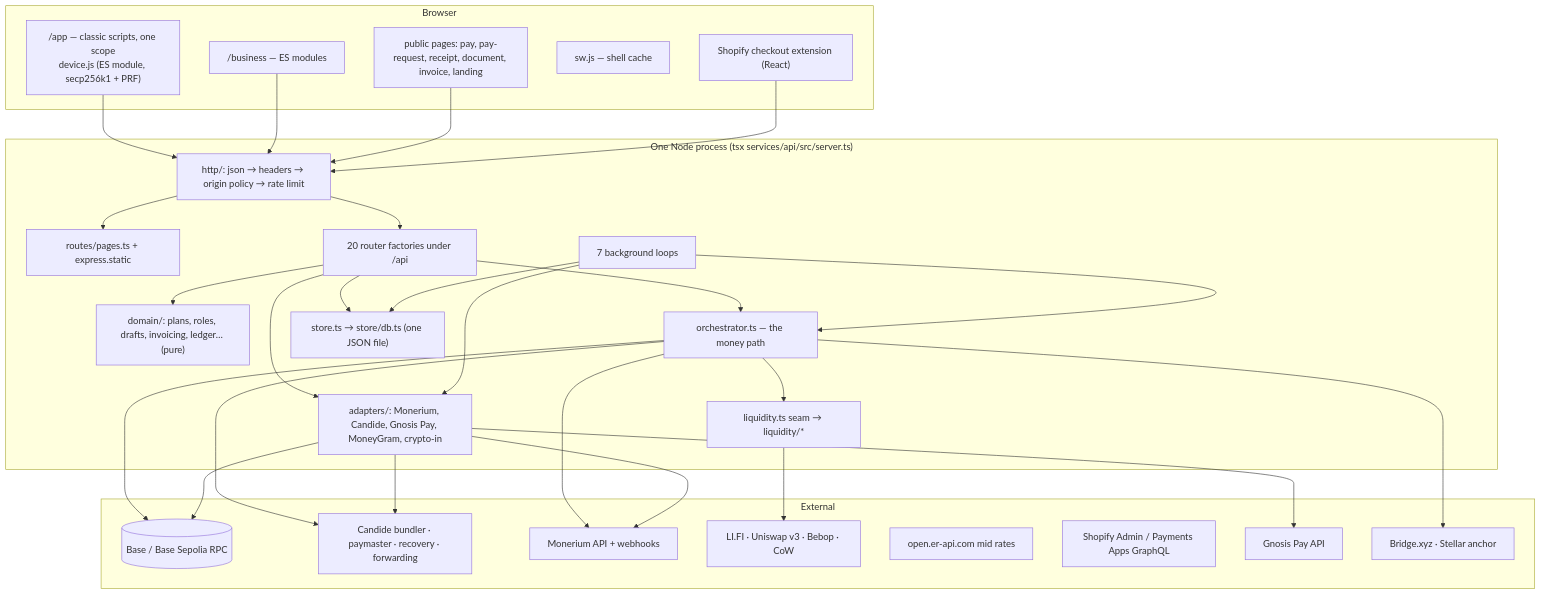
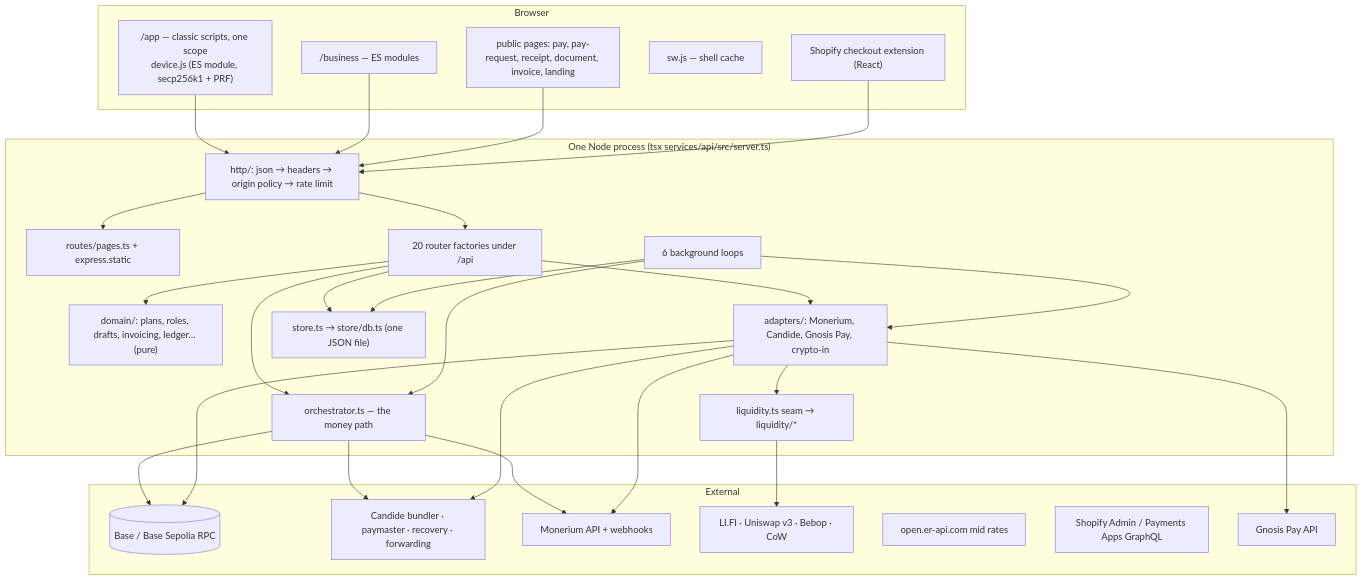
The first of 4 diagrams in docs/architecture/technical-architecture.md (Zoldenburg-me/Zold-app), drawn with Mermaid before and after one commit. The commit also changed other lines of this file and 101 other files, not shown here.

First line of the commit message:
Remove the cash rail: MoneyGram, Stellar and Bridge.xyz

````diff
--- a/docs/architecture/technical-architecture.md
+++ b/docs/architecture/technical-architecture.md
@@ -14,37 +14,36 @@
 ```mermaid
 flowchart TB
   subgraph Browser
     PWA["/app — classic scripts, one scope<br/>device.js (ES module, secp256k1 + PRF)"]
     BIZ["/business — ES modules"]
     PUB["public pages: pay, pay-request, receipt, document, invoice, landing"]
     SW["sw.js — shell cache"]
     EXT["Shopify checkout extension (React)"]
   end
   subgraph "One Node process (tsx services/api/src/server.ts)"
     PIPE["http/: json → headers → origin policy → rate limit"]
     PAGES["routes/pages.ts + express.static"]
     ROUTERS["20 router factories under /api"]
     DOMAIN["domain/: plans, roles, drafts, invoicing, ledger… (pure)"]
     ORCH["orchestrator.ts — the money path"]
     LIQ["liquidity.ts seam → liquidity/*"]
-    ADP["adapters/: Monerium, Candide, Gnosis Pay, MoneyGram, crypto-in"]
+    ADP["adapters/: Monerium, Candide, Gnosis Pay, crypto-in"]
     STORE["store.ts → store/db.ts (one JSON file)"]
-    LOOPS["7 background loops"]
+    LOOPS["6 background loops"]
   end
   subgraph External
     BASE[(Base / Base Sepolia RPC)]
     CAND[Candide bundler · paymaster · recovery · forwarding]
     MON[Monerium API + webhooks]
     VEN[LI.FI · Uniswap v3 · Bebop · CoW]
     RATES[open.er-api.com mid rates]
     SHOP[Shopify Admin / Payments Apps GraphQL]
     GP[Gnosis Pay API]
-    BR[Bridge.xyz · Stellar anchor]
   end
   PWA & BIZ & PUB & EXT --> PIPE --> PAGES & ROUTERS
   ROUTERS --> DOMAIN & ORCH & ADP & STORE
-  ORCH --> LIQ --> VEN
-  ORCH --> BASE & CAND & MON & BR
+  ADP --> LIQ --> VEN
+  ORCH --> BASE & CAND & MON
   ADP --> MON & CAND & GP & BASE
   LOOPS --> ORCH & ADP & STORE
 ```
````
